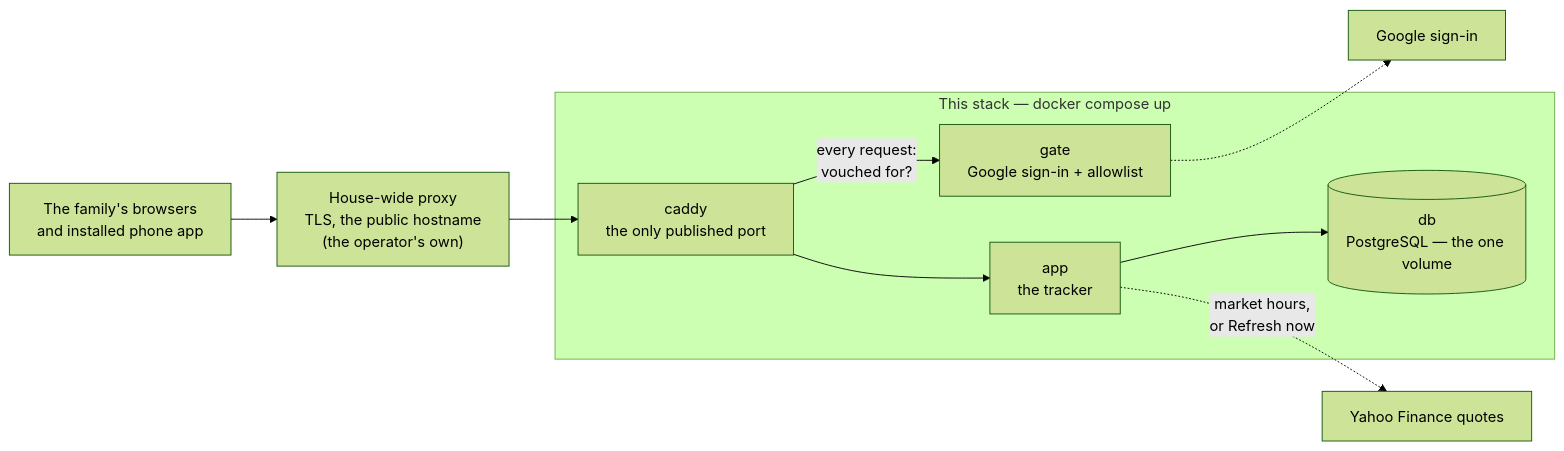
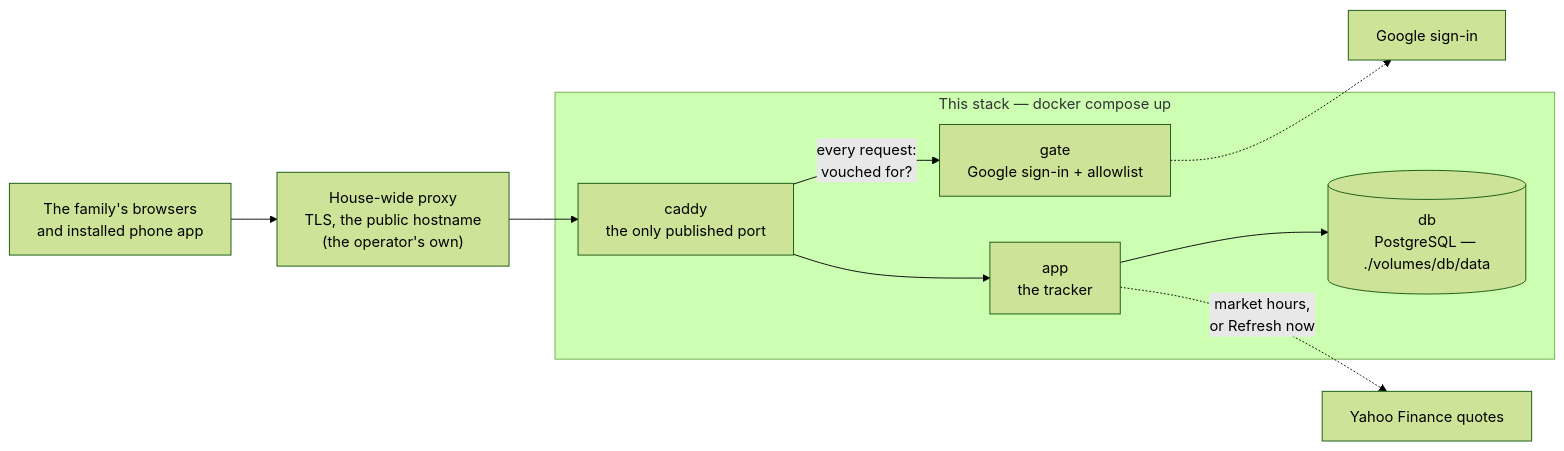
One commit to chethan123/portfolio changed the diagram in README.md. Above: the diagram before and after it, drawn with Mermaid (forest theme). The commit also changed other lines of this file and 5 other files, not shown here.

````diff
--- a/README.md
+++ b/README.md
@@ -439,22 +441,22 @@
 ```mermaid
 graph LR
     browser["The family's browsers<br/>and installed phone app"]
     house["House-wide proxy<br/>TLS, the public hostname<br/>(the operator's own)"]
 
     subgraph stack["This stack — docker compose up"]
         caddy["caddy<br/>the only published port"]
         gate["gate<br/>Google sign-in + allowlist"]
         app["app<br/>the tracker"]
-        db[("db<br/>PostgreSQL — the one volume")]
+        db[("db<br/>PostgreSQL — ./volumes/db/data")]
     end
 
     google["Google sign-in"]
     yahoo["Yahoo Finance quotes"]
 
     browser --> house --> caddy
     caddy -->|"every request:<br/>vouched for?"| gate
     caddy --> app
     gate -.-> google
     app --> db
     app -.->|market hours,<br/>or Refresh now| yahoo
 ```
````
